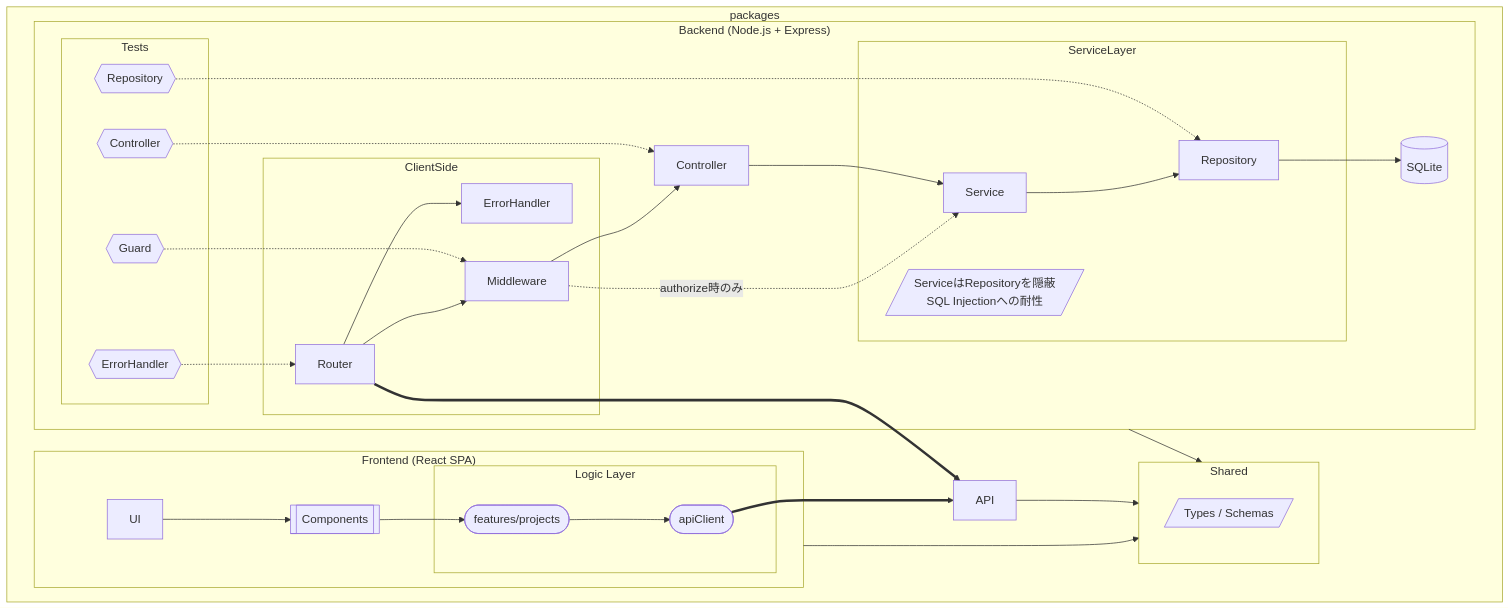
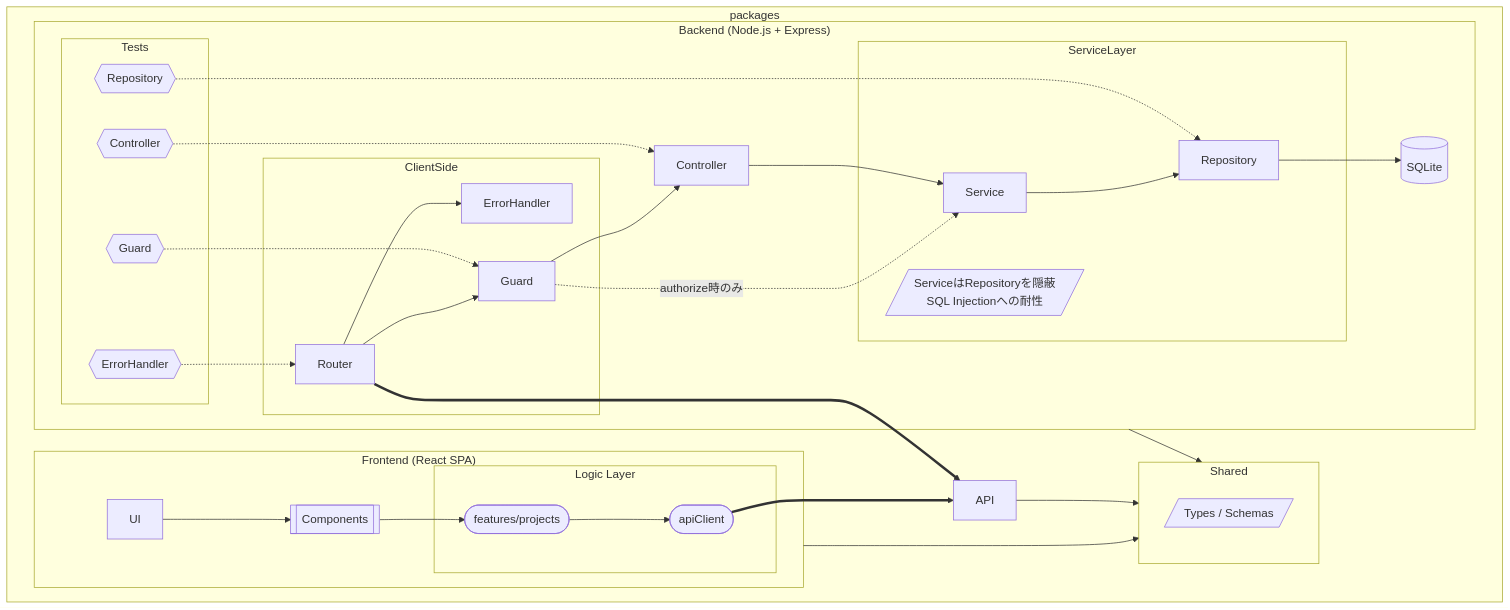
One commit to fujitashuichi/shared-driven-layered-ddd changed the diagram in docs/PortforioFlow.mermaid.md. Above: the diagram before and after it, drawn with Mermaid. The commit also changed 39 other files, not shown here.

````diff
--- a/docs/PortforioFlow.mermaid.md
+++ b/docs/PortforioFlow.mermaid.md
@@ -1,69 +1,69 @@
 ```mermaid
 flowchart LR
   subgraph packages
     direction LR
 
     subgraph BE["Backend (Node.js + Express)"]
       subgraph Test["Tests"]
         ErrorHandlerTest{{ErrorHandler}}
         ControllerTest{{Controller}}
         GuardTest{{Guard}}
         RepositoryTest{{Repository}}
       end
 
       subgraph ClientSide
         Router
         ErrorHandler
-        Middleware["Middleware"]
+        Middleware["Guard"]
       end
       Controller[Controller]
       subgraph ServiceLayer
         note_ServiceLayer[/ServiceはRepositoryを隠蔽\nSQL Injectionへの耐性/]
         Service
         Repository[Repository]
       end
       DB[(SQLite)]
 
       %% Backend Flow
       Router --> ErrorHandler
       Router --> Middleware
       Middleware --> Controller
       Middleware -.->|authorize時のみ| Service
       Controller --> Service
       Service --> Repository
       Repository --> DB
 
       %% Tests
       GuardTest -.-> Middleware
       ControllerTest -.-> Controller
       RepositoryTest -.-> Repository
       ErrorHandlerTest -.-> Router
     end
 
     subgraph Shared["Shared"]
       SharedTypes[/Types / Schemas/]
     end
 
     subgraph FE["Frontend (React SPA)"]
       subgraph Logic["Logic Layer"]
         ApiClient([apiClient])
         Features([features/projects])
       end
       Components[[Components]]
       UI
 
       %% FE Flow
       UI --> Components
       Components --> Features --> ApiClient
     end
 
     %% Frontend <-> Backend
     ApiClient ==> API
     Router ==> API
 
     %% -> Shared
     FE --> Shared
     BE --> Shared
     API --> Shared
   end
 ```
````
